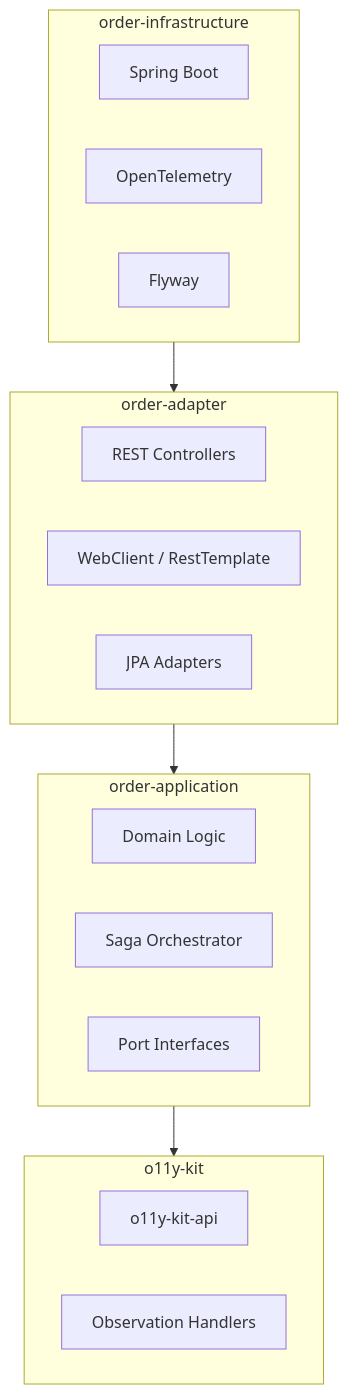
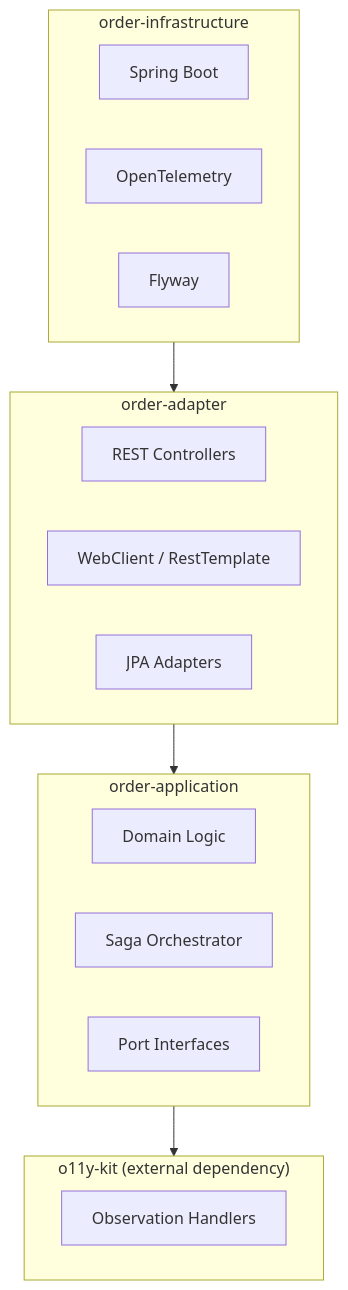
One commit to sunny809/observable-microservice changed the diagram in README.md. Above: the diagram before and after it, drawn with Mermaid. The commit also changed other lines of this file and 13 other files, not shown here.

````diff
--- a/README.md
+++ b/README.md
@@ -35,25 +35,24 @@
 ```mermaid
 graph TB
     subgraph Infrastructure["order-infrastructure"]
         SB[Spring Boot]
         OT[OpenTelemetry]
         FW[Flyway]
     end
     subgraph Adapter["order-adapter"]
         RC[REST Controllers]
         WC[WebClient / RestTemplate]
         JPA[JPA Adapters]
     end
     subgraph Application["order-application"]
         DOM[Domain Logic]
         SAGA[Saga Orchestrator]
         PORT[Port Interfaces]
     end
-    subgraph O11y["o11y-kit"]
-        API[o11y-kit-api]
+    subgraph O11y["o11y-kit (external dependency)"]
         OBS[Observation Handlers]
     end
     Infrastructure --> Adapter
     Adapter --> Application
     Application --> O11y
 ```
````
